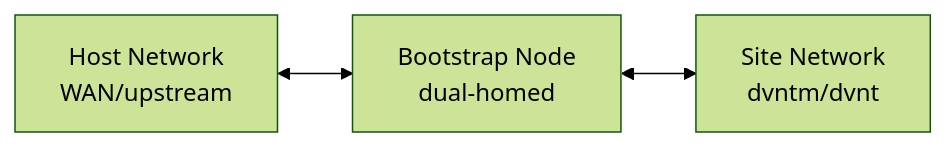
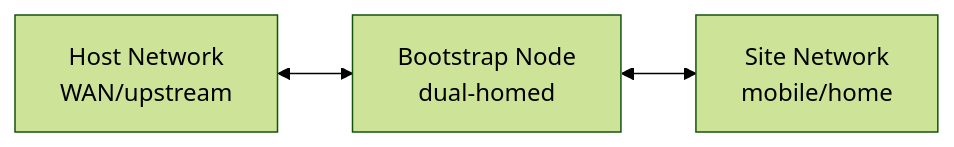
One commit to deevnet/deevnet-docs changed the diagram in content/docs/platforms/management-plane/bootstrap-node/_index.md. Above: the diagram before and after it, drawn with Mermaid (forest theme). The commit also changed other lines of this file and 64 other files, not shown here.

```diff
--- a/content/docs/platforms/management-plane/bootstrap-node/_index.md
+++ b/content/docs/platforms/management-plane/bootstrap-node/_index.md
@@ -103,4 +103,4 @@
 {{< mermaid >}}
 graph LR
-    A[Host Network<br>WAN/upstream] <--> B[Bootstrap Node<br>dual-homed] <--> C[Site Network<br>dvntm/dvnt]
+    A[Host Network<br>WAN/upstream] <--> B[Bootstrap Node<br>dual-homed] <--> C[Site Network<br>mobile/home]
 {{< /mermaid >}}
```
